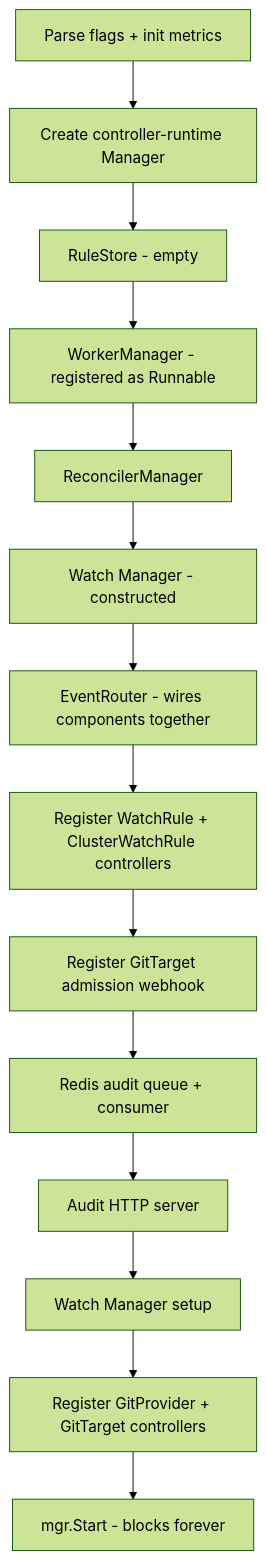
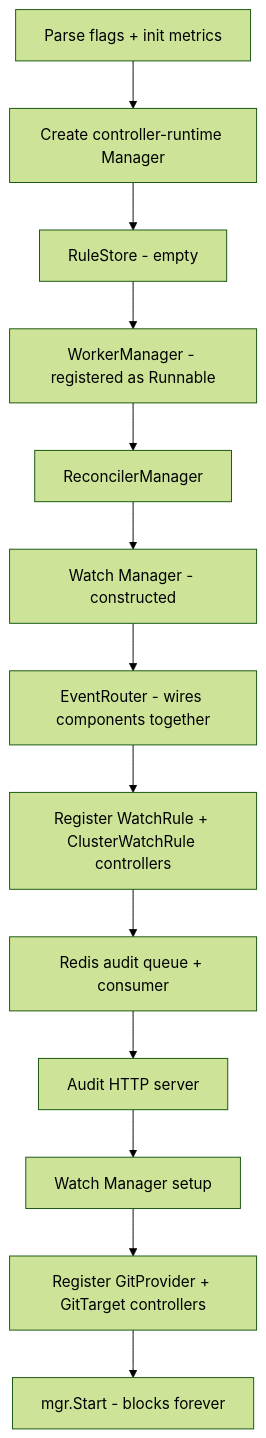
Before and after one commit to ConfigButler/gitops-reverser: the fifth of 5 diagrams in docs/architecture.md, drawn with Mermaid (forest theme). The commit also changed other lines of this file and 22 other files, not shown here.

Commit message:
chore: simplify gittarget validation, admission webhook is overkill

````diff
--- a/docs/architecture.md
+++ b/docs/architecture.md
@@ -485,16 +478,15 @@
 ```mermaid
 flowchart TD
     A[Parse flags + init metrics] --> B[Create controller-runtime Manager]
     B --> C[RuleStore - empty]
     C --> D[WorkerManager - registered as Runnable]
     D --> E[ReconcilerManager]
     E --> F[Watch Manager - constructed]
     F --> G[EventRouter - wires components together]
     G --> H[Register WatchRule + ClusterWatchRule controllers]
-    H --> H2[Register GitTarget admission webhook]
-    H2 --> I[Redis audit queue + consumer]
+    H --> I[Redis audit queue + consumer]
     I --> J[Audit HTTP server]
     J --> K[Watch Manager setup]
     K --> L[Register GitProvider + GitTarget controllers]
     L --> M[mgr.Start - blocks forever]
 ```
````
